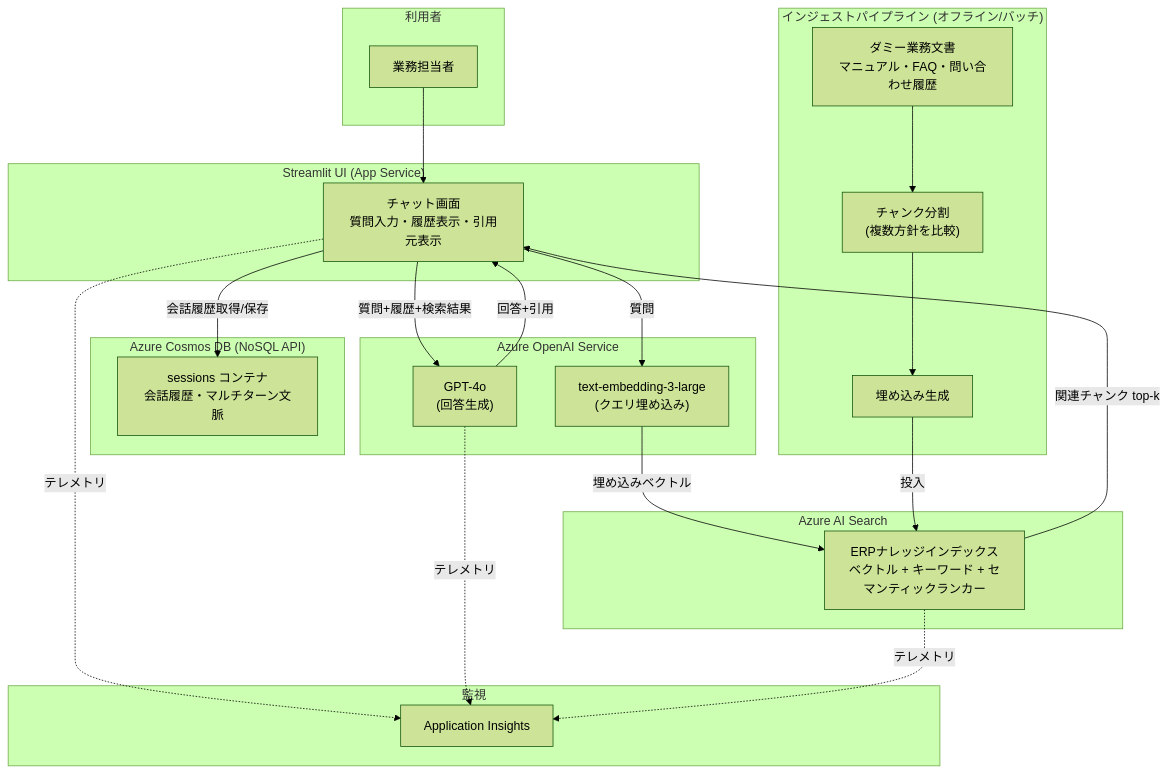
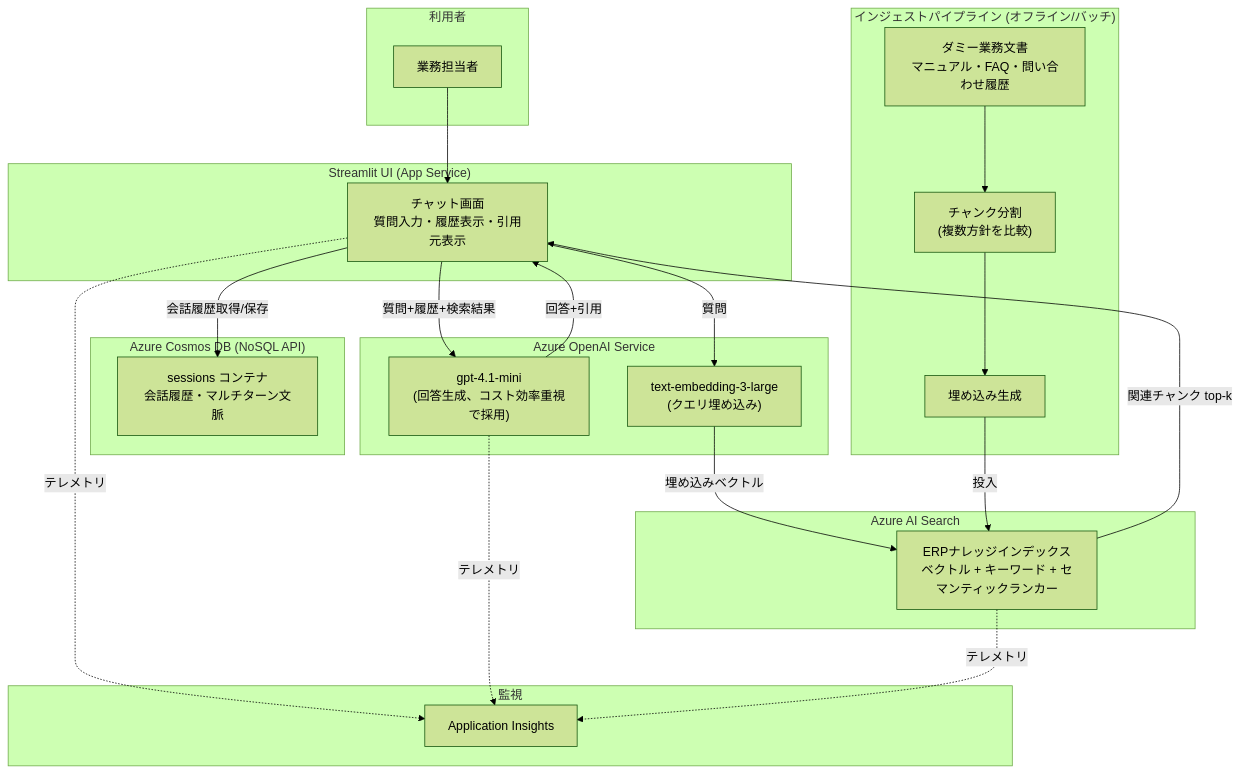
One commit to yuninaka/azure-rag-erp-navigator changed the diagram in README.md. Above: the diagram before and after it, drawn with Mermaid (forest theme). The commit also changed other lines of this file and 6 other files, not shown here.

````diff
--- a/README.md
+++ b/README.md
@@ -12,46 +12,46 @@
 ```mermaid
 flowchart TB
     subgraph Client["利用者"]
         User["業務担当者"]
     end
 
     subgraph UI["Streamlit UI (App Service)"]
         Chat["チャット画面<br/>質問入力・履歴表示・引用元表示"]
     end
 
     subgraph AOAI["Azure OpenAI Service"]
         Embed["text-embedding-3-large<br/>(クエリ埋め込み)"]
-        GPT["GPT-4o<br/>(回答生成)"]
+        GPT["gpt-4.1-mini<br/>(回答生成、コスト効率重視で採用)"]
     end
 
     subgraph Search["Azure AI Search"]
         Index["ERPナレッジインデックス<br/>ベクトル + キーワード + セマンティックランカー"]
     end
 
     subgraph Cosmos["Azure Cosmos DB (NoSQL API)"]
         Sessions["sessions コンテナ<br/>会話履歴・マルチターン文脈"]
     end
 
     subgraph Monitor["監視"]
         AI["Application Insights"]
     end
 
     User --> Chat
     Chat -->|質問| Embed
     Embed -->|埋め込みベクトル| Index
     Chat -->|会話履歴取得/保存| Sessions
     Index -->|関連チャンク top-k| Chat
     Chat -->|質問+履歴+検索結果| GPT
     GPT -->|回答+引用| Chat
     Chat -.->|テレメトリ| AI
     GPT -.->|テレメトリ| AI
     Index -.->|テレメトリ| AI
 
     subgraph Ingest["インジェストパイプライン (オフライン/バッチ)"]
         Docs["ダミー業務文書<br/>マニュアル・FAQ・問い合わせ履歴"]
         Chunk["チャンク分割<br/>(複数方針を比較)"]
         EmbedBatch["埋め込み生成"]
     end
 
     Docs --> Chunk --> EmbedBatch -->|投入| Index
 ```
````
